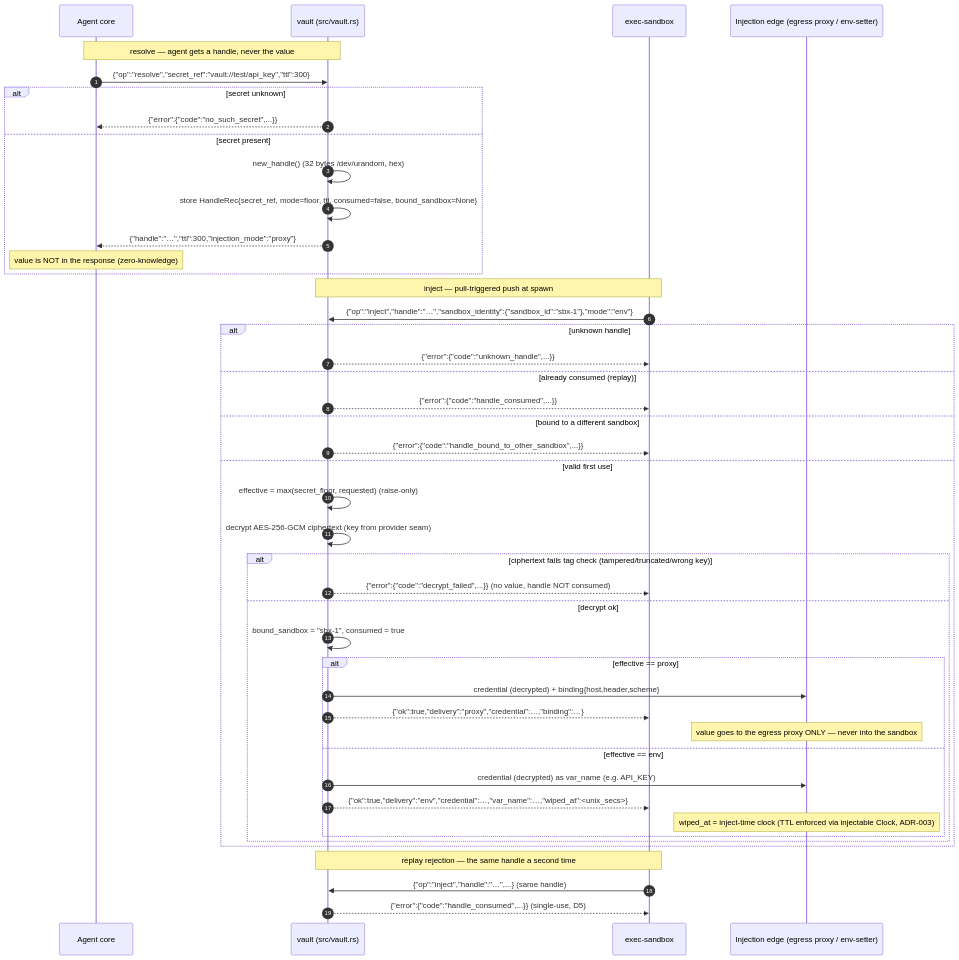
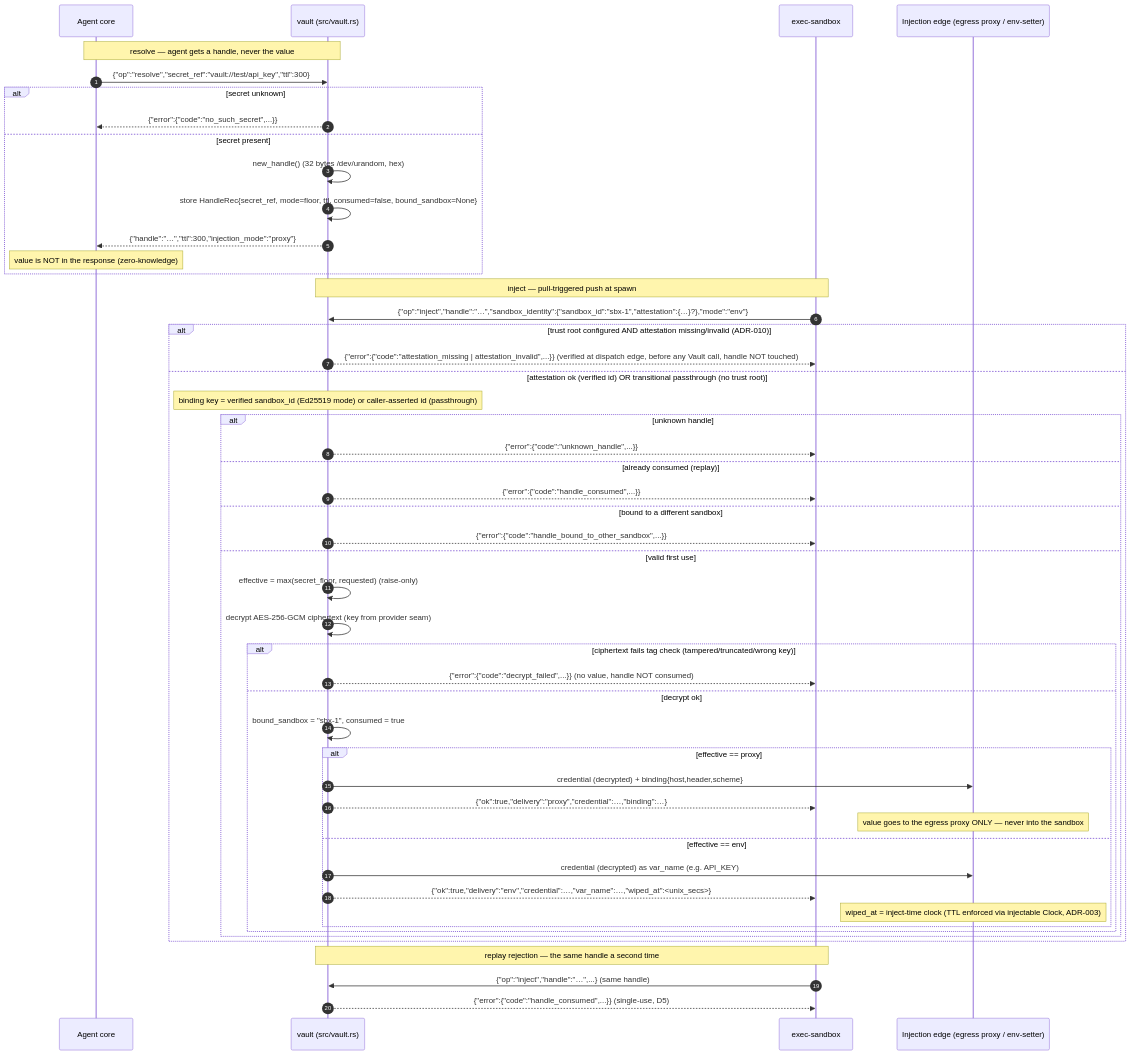
Before and after one commit to tkdtaylor/vault: the third of 3 diagrams in docs/architecture/diagrams.md, drawn with Mermaid. The commit also changed other lines of this file and 8 other files, not shown here.

Commit message:
feat: complete task 010 — verify sandbox attestation binding at the inject edge (Ed25519, transitional)

````diff
--- a/docs/architecture/diagrams.md
+++ b/docs/architecture/diagrams.md
@@ -113,50 +113,55 @@
 ```mermaid
 sequenceDiagram
     autonumber
     participant Agent as Agent core
     participant Vault as vault (src/vault.rs)
     participant Sandbox as exec-sandbox
     participant Edge as Injection edge (egress proxy / env-setter)
 
     Note over Agent,Vault: resolve — agent gets a handle, never the value
     Agent->>Vault: {"op":"resolve","secret_ref":"vault://test/api_key","ttl":300}
     alt secret unknown
         Vault-->>Agent: {"error":{"code":"no_such_secret",...}}
     else secret present
         Vault->>Vault: new_handle() (32 bytes /dev/urandom, hex)
         Vault->>Vault: store HandleRec{secret_ref, mode=floor, ttl, consumed=false, bound_sandbox=None}
         Vault-->>Agent: {"handle":"…","ttl":300,"injection_mode":"proxy"}
         Note over Agent: value is NOT in the response (zero-knowledge)
     end
 
     Note over Sandbox,Vault: inject — pull-triggered push at spawn
-    Sandbox->>Vault: {"op":"inject","handle":"…","sandbox_identity":{"sandbox_id":"sbx-1"},"mode":"env"}
+    Sandbox->>Vault: {"op":"inject","handle":"…","sandbox_identity":{"sandbox_id":"sbx-1","attestation":{…}?},"mode":"env"}
+    alt trust root configured AND attestation missing/invalid (ADR-010)
+        Vault-->>Sandbox: {"error":{"code":"attestation_missing | attestation_invalid",...}}  (verified at dispatch edge, before any Vault call, handle NOT touched)
+    else attestation ok (verified id) OR transitional passthrough (no trust root)
+    Note over Vault: binding key = verified sandbox_id (Ed25519 mode) or caller-asserted id (passthrough)
     alt unknown handle
         Vault-->>Sandbox: {"error":{"code":"unknown_handle",...}}
     else already consumed (replay)
         Vault-->>Sandbox: {"error":{"code":"handle_consumed",...}}
     else bound to a different sandbox
         Vault-->>Sandbox: {"error":{"code":"handle_bound_to_other_sandbox",...}}
     else valid first use
         Vault->>Vault: effective = max(secret_floor, requested)  (raise-only)
         Vault->>Vault: decrypt AES-256-GCM ciphertext (key from provider seam)
         alt ciphertext fails tag check (tampered/truncated/wrong key)
             Vault-->>Sandbox: {"error":{"code":"decrypt_failed",...}}  (no value, handle NOT consumed)
         else decrypt ok
             Vault->>Vault: bound_sandbox = "sbx-1", consumed = true
             alt effective == proxy
                 Vault->>Edge: credential (decrypted) + binding{host,header,scheme}
                 Vault-->>Sandbox: {"ok":true,"delivery":"proxy","credential":…,"binding":…}
                 Note over Edge: value goes to the egress proxy ONLY — never into the sandbox
             else effective == env
                 Vault->>Edge: credential (decrypted) as var_name (e.g. API_KEY)
                 Vault-->>Sandbox: {"ok":true,"delivery":"env","credential":…,"var_name":…,"wiped_at":<unix_secs>}
                 Note over Edge: wiped_at = inject-time clock (TTL enforced via injectable Clock, ADR-003)
             end
         end
     end
+    end
 
     Note over Sandbox,Vault: replay rejection — the same handle a second time
     Sandbox->>Vault: {"op":"inject","handle":"…",...}  (same handle)
     Vault-->>Sandbox: {"error":{"code":"handle_consumed",...}}  (single-use, D5)
 ```
````
